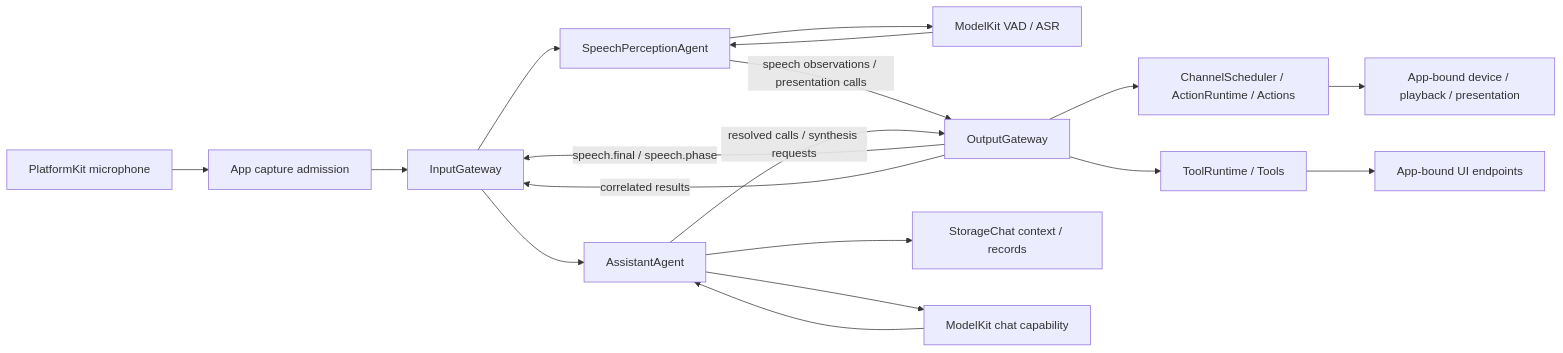
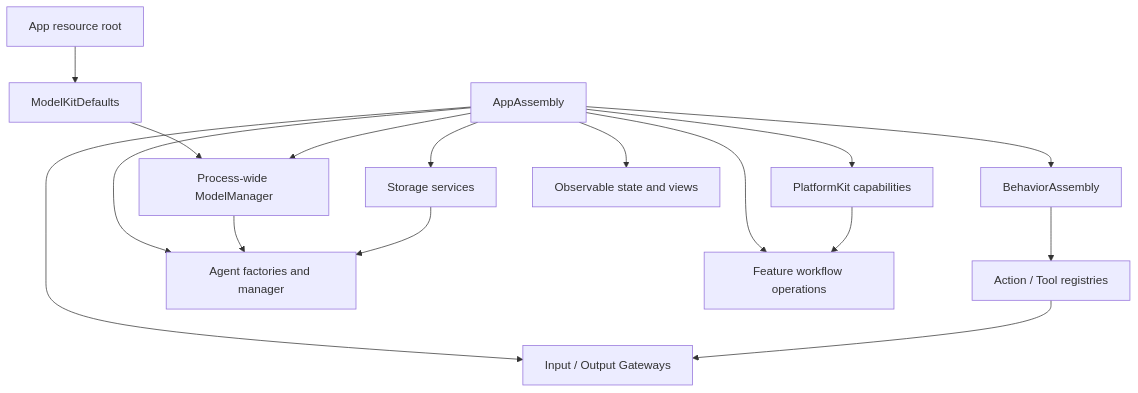
One commit to devilyouwei/MobileHarness changed the third of 12 diagrams in MobileHarness/README.md. Above: the diagram before and after it, drawn with Mermaid. The commit also changed other lines of this file, not shown here.

Commit message:
docs: refocus MobileHarness architecture guide

````diff
--- a/MobileHarness/README.md
+++ b/MobileHarness/README.md
@@ -284,20 +260,18 @@
 ```mermaid
-flowchart LR
-    Capture[PlatformKit microphone] --> Host[App capture admission]
-    Host --> Input[InputGateway]
-    Input --> Perception[SpeechPerceptionAgent]
-    Perception --> Recognition[ModelKit VAD / ASR]
-    Recognition --> Perception
-    Perception -->|speech observations / presentation calls| Output[OutputGateway]
-    Output -->|speech.final / speech.phase| Input
-    Input --> Assistant[AssistantAgent]
-    Assistant --> Journal[StorageChat context / records]
-    Assistant --> Chat[ModelKit chat capability]
-    Chat --> Assistant
-    Assistant -->|resolved calls / synthesis requests| Output
-    Output --> Actions[ChannelScheduler / ActionRuntime / Actions]
-    Output --> Tools[ToolRuntime / Tools]
-    Actions --> Effects[App-bound device / playback / presentation]
-    Tools --> Presentation[App-bound UI endpoints]
-    Output -->|correlated results| Input
+flowchart TD
+    Resources[App resource root] --> Defaults[ModelKitDefaults]
+    Defaults --> Manager[Process-wide ModelManager]
+    App[AppAssembly] --> Manager
+    App --> Stores[Storage services]
+    App --> Platform[PlatformKit capabilities]
+    App --> Behaviors[BehaviorAssembly]
+    Behaviors --> Registries[Action / Tool registries]
+    App --> Gateway[Input / Output Gateways]
+    App --> Agents[Agent factories and manager]
+    App --> Workflows[Feature workflow operations]
+    App --> UI[Observable state and views]
+    Registries --> Gateway
+    Manager --> Agents
+    Stores --> Agents
+    Platform --> Workflows
 ```
````
